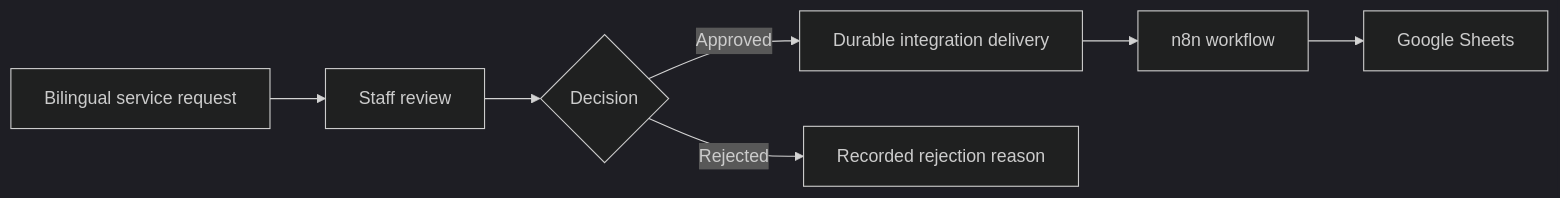
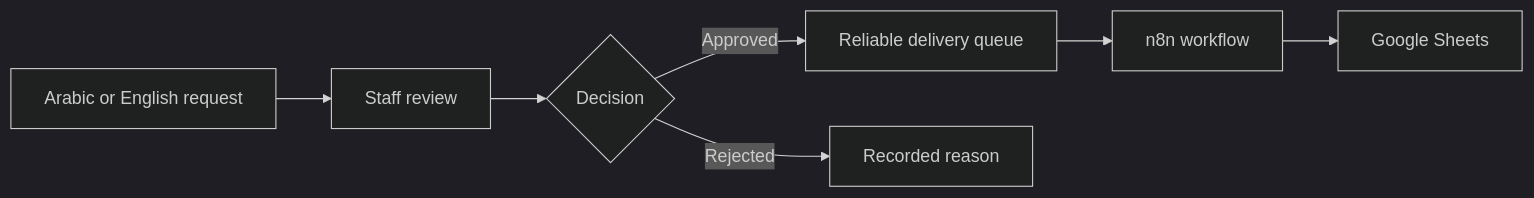
Before and after one commit to hazemmhassan/OpsHub: the diagram in README.md, drawn with Mermaid (dark theme). The commit also changed other lines of this file and 6 other files, not shown here.

````diff
--- a/README.md
+++ b/README.md
@@ -25,9 +17,9 @@
 ```mermaid
 flowchart LR
-    A[Bilingual service request] --> B[Staff review]
+    A[Arabic or English request] --> B[Staff review]
     B --> C{Decision}
-    C -->|Approved| D[Durable integration delivery]
-    C -->|Rejected| E[Recorded rejection reason]
+    C -->|Approved| D[Reliable delivery queue]
+    C -->|Rejected| E[Recorded reason]
     D --> F[n8n workflow]
     F --> G[Google Sheets]
 ```
````
